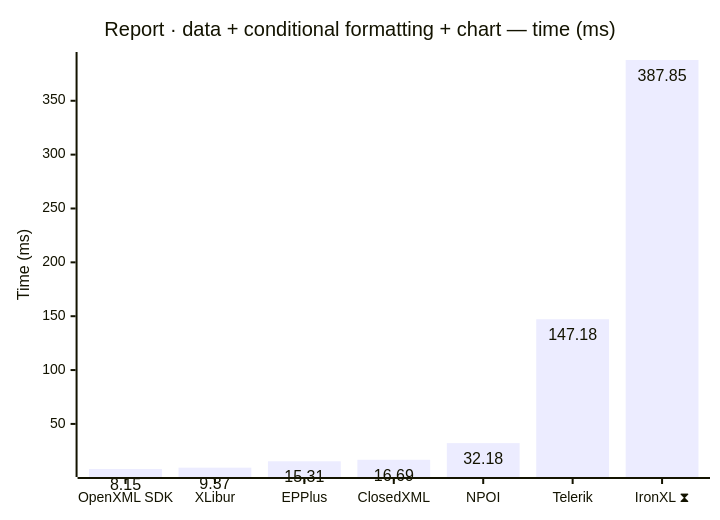
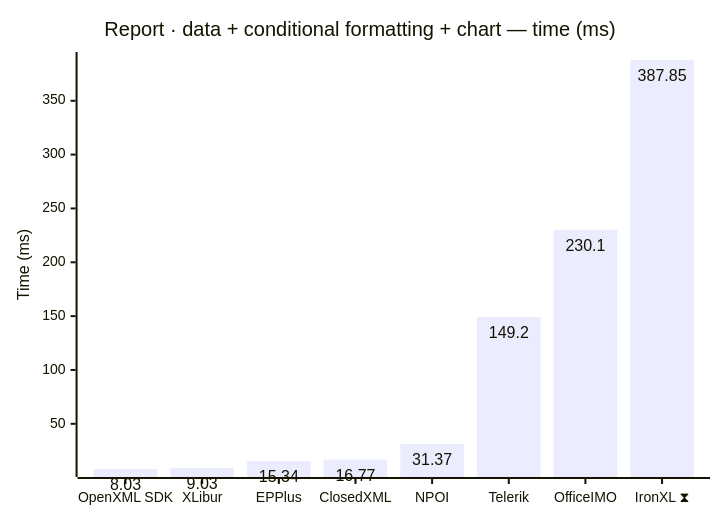
The seventh of 12 diagrams in docs/results.md (jafin/XLBench), drawn with Mermaid before and after one commit. The commit also changed other lines of this file and 17 other files, not shown here.

First line of the commit message:
Add OfficeIMO.Excel to the benchmark suite and publish full-fidelity results (#33)

````diff
--- a/docs/results.md
+++ b/docs/results.md
@@ -118,12 +119,12 @@
 ```mermaid
 ---
 config:
   xyChart:
     showDataLabel: true
 ---
 xychart-beta
     title "Report · data + conditional formatting + chart — time (ms)"
-    x-axis ["OpenXML SDK", "XLibur", "EPPlus", "ClosedXML", "NPOI", "Telerik", "IronXL ⧗"]
+    x-axis ["OpenXML SDK", "XLibur", "EPPlus", "ClosedXML", "NPOI", "Telerik", "OfficeIMO", "IronXL ⧗"]
     y-axis "Time (ms)"
-    bar [8.15, 9.37, 15.31, 16.69, 32.18, 147.18, 387.85]
+    bar [8.03, 9.03, 15.34, 16.77, 31.37, 149.2, 230.1, 387.85]
 ```
````
